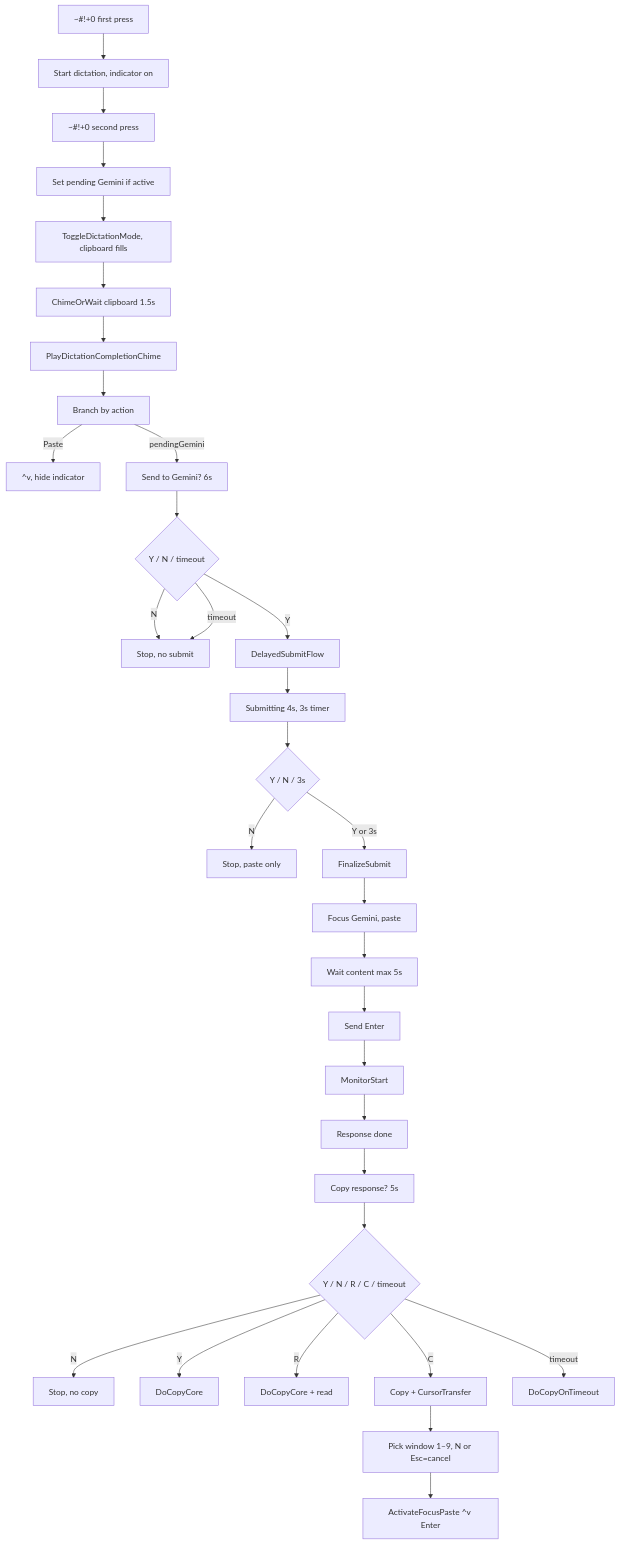
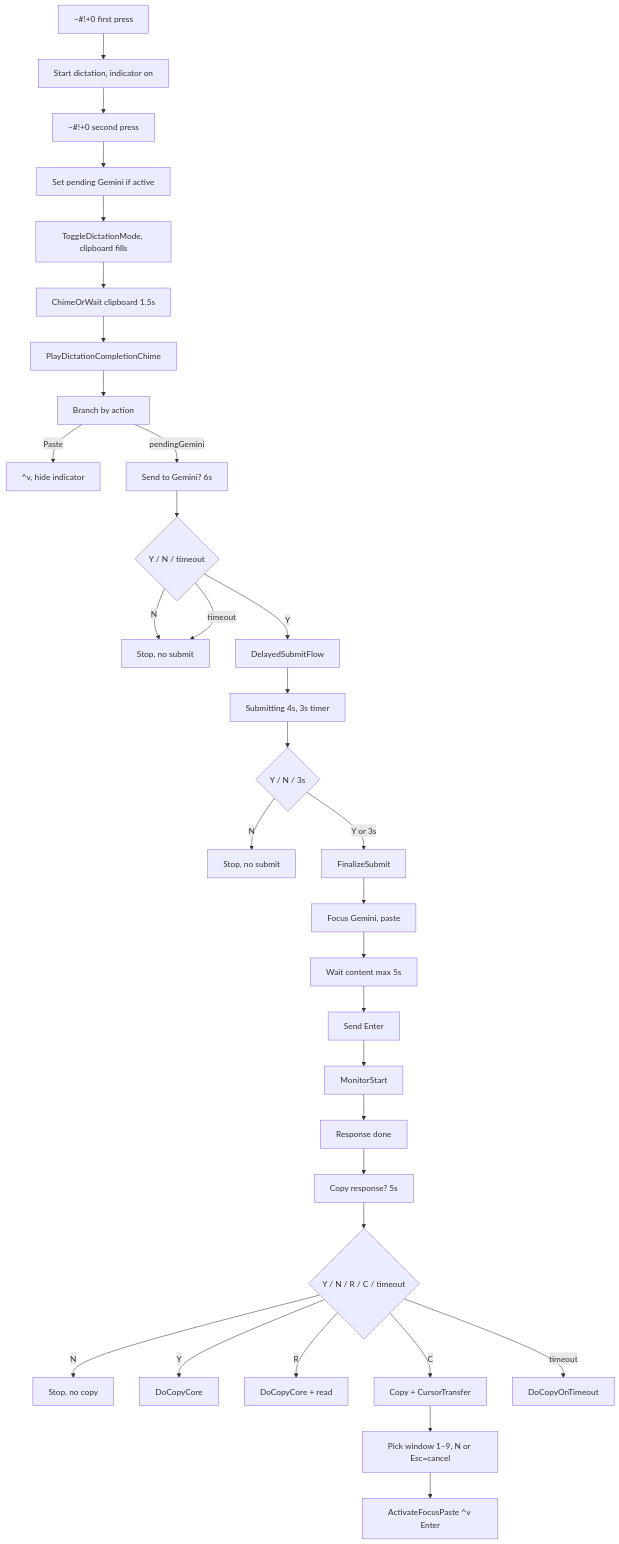
The first of 2 diagrams in docs/dictation-to-gemini-cursor-flow.md (duducm2/scripts), drawn with Mermaid before and after one commit. The commit also changed 2 other files, not shown here.

Commit message:
Enhance logging and update documentation for dictation flow
- Added multiple log entries to track the setting of the pending Gemini flag during key presses, improving traceability of dictation activity.
- Updated the documentation to clarify the behavior of the auto-submit feature, ensuring consistency with the new flow.
- Revised user prompts in the UI to reflect changes in the cancelation process, enhancing user interaction.

````diff
--- a/docs/dictation-to-gemini-cursor-flow.md
+++ b/docs/dictation-to-gemini-cursor-flow.md
@@ -7,35 +7,35 @@
 ```mermaid
 flowchart TB
     H0["~#!+0 first press"]
     H0 --> StartDict["Start dictation, indicator on"]
     StartDict --> H0Stop["~#!+0 second press"]
     H0Stop --> SetPending["Set pending Gemini if active"]
     SetPending --> ToggleMode["ToggleDictationMode, clipboard fills"]
     ToggleMode --> WaitClip["ChimeOrWait clipboard 1.5s"]
     WaitClip --> PlayChime["PlayDictationCompletionChime"]
     PlayChime --> Branch["Branch by action"]
     Branch --> |"Paste"| PasteOnly["^v, hide indicator"]
     Branch --> |"pendingGemini"| ShowAndWait["Send to Gemini? 6s"]
     ShowAndWait --> User6s{"Y / N / timeout"}
     User6s --> |"N"| Stop6s["Stop, no submit"]
     User6s --> |"timeout"| Stop6s
     User6s --> |"Y"| DelayedFlow["DelayedSubmitFlow"]
     DelayedFlow --> Banner4s["Submitting 4s, 3s timer"]
     Banner4s --> User4s{"Y / N / 3s"}
-    User4s --> |"N"| Stop4s["Stop, paste only"]
+    User4s --> |"N"| Stop4s["Stop, no submit"]
     User4s --> |"Y or 3s"| Finalize["FinalizeSubmit"]
     Finalize --> PasteGemini["Focus Gemini, paste"]
     PasteGemini --> WaitContent["Wait content max 5s"]
     WaitContent --> SendEnter["Send Enter"]
     SendEnter --> StartMonitor["MonitorStart"]
     StartMonitor --> ResponseDone["Response done"]
     ResponseDone --> BannerCopy["Copy response? 5s"]
     BannerCopy --> UserCopy{"Y / N / R / C / timeout"}
     UserCopy --> |"N"| StopCopy["Stop, no copy"]
     UserCopy --> |"Y"| DoCopyOnly["DoCopyCore"]
     UserCopy --> |"R"| DoCopyRead["DoCopyCore + read"]
     UserCopy --> |"C"| DoTransfer["Copy + CursorTransfer"]
     UserCopy --> |"timeout"| DoCopyTimeout["DoCopyOnTimeout"]
     DoTransfer --> SelectWin["Pick window 1–9, N or Esc=cancel"]
     SelectWin --> ActivatePaste["ActivateFocusPaste ^v Enter"]
 ```
````
